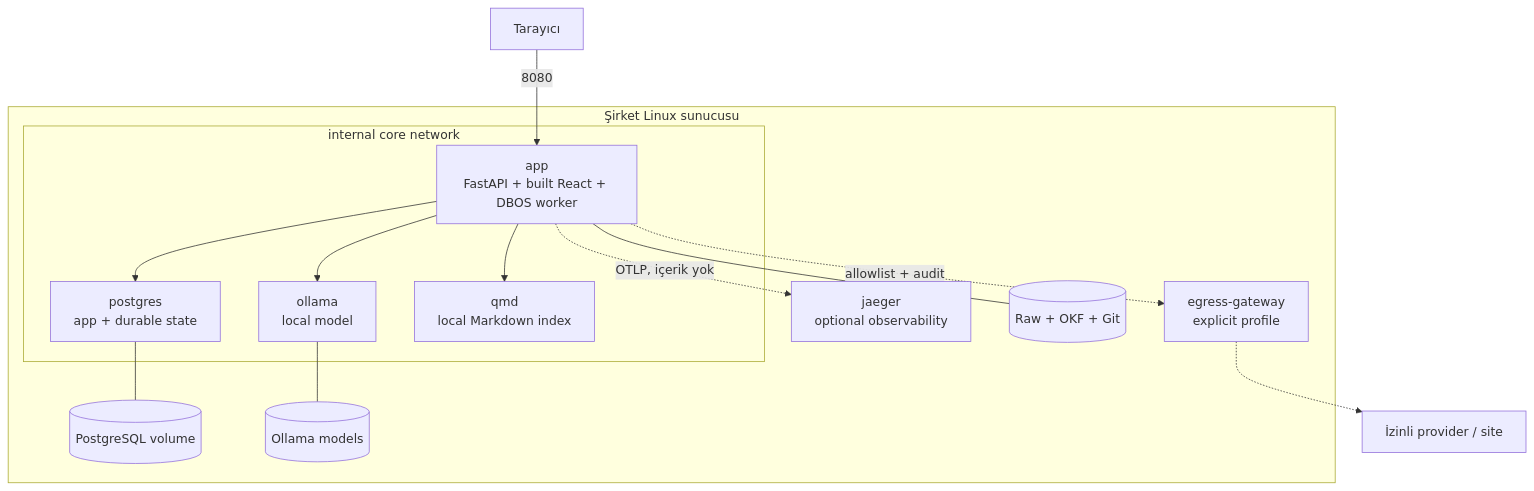
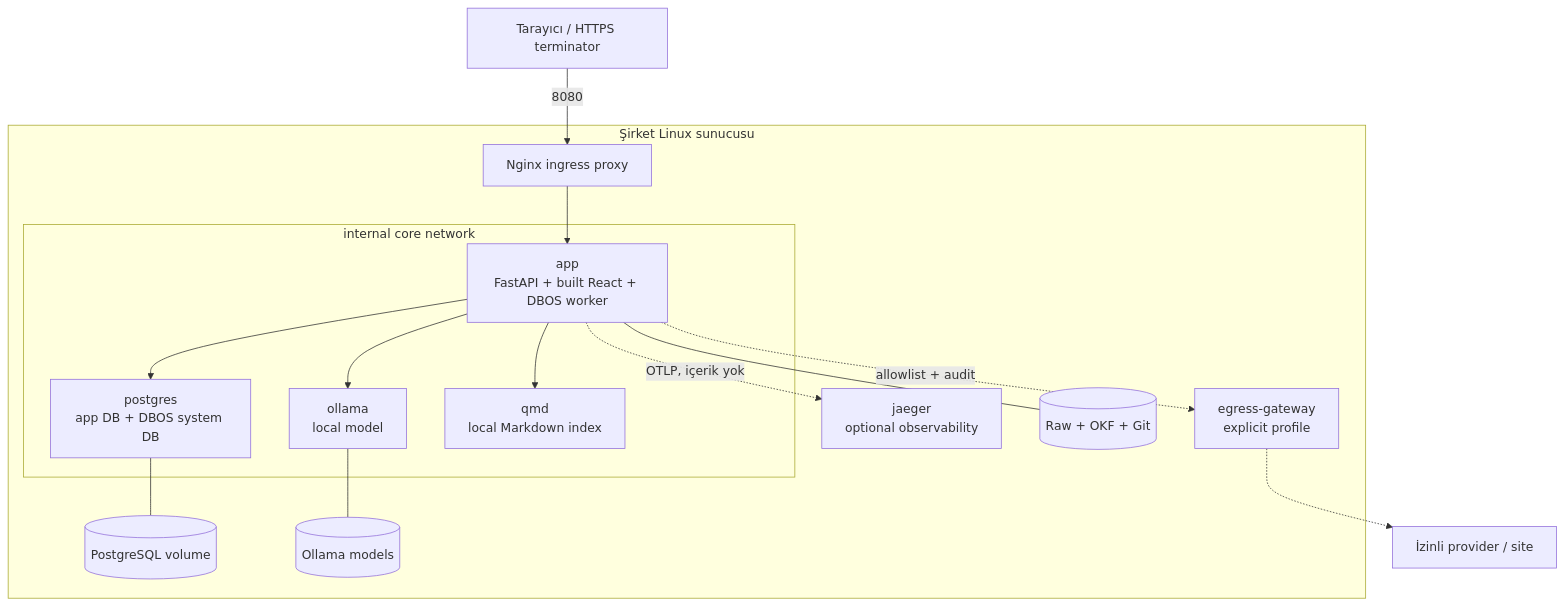
The third of 6 diagrams in docs/PROJECT_ARCHITECTURE.md (beratolmez/agenstfer-agi), drawn with Mermaid before and after one commit. The commit also changed other lines of this file and 62 other files, not shown here.

````diff
--- a/docs/PROJECT_ARCHITECTURE.md
+++ b/docs/PROJECT_ARCHITECTURE.md
@@ -146,26 +146,28 @@
 ```mermaid
 flowchart TB
-    USER["Tarayıcı"] -->|8080| APP
+    USER["Tarayıcı / HTTPS terminator"] -->|8080| NGINX
     subgraph Host["Şirket Linux sunucusu"]
+        NGINX["Nginx ingress proxy"]
         subgraph Core["internal core network"]
             APP["app\nFastAPI + built React + DBOS worker"]
-            PG["postgres\napp + durable state"]
+            PG["postgres\napp DB + DBOS system DB"]
             OLLAMA["ollama\nlocal model"]
             QMD["qmd\nlocal Markdown index"]
             APP --> PG
             APP --> OLLAMA
             APP --> QMD
         end
+        NGINX --> APP
         JAEGER["jaeger\noptional observability"]
         EGRESS["egress-gateway\nexplicit profile"]
         APP -. "OTLP, içerik yok" .-> JAEGER
         APP -. "allowlist + audit" .-> EGRESS
         VOL1[("PostgreSQL volume")]
         VOL2[("Ollama models")]
         VOL3[("Raw + OKF + Git")]
         PG --- VOL1
         OLLAMA --- VOL2
         APP --- VOL3
     end
     EGRESS -.-> INTERNET["İzinli provider / site"]
 ```
````
